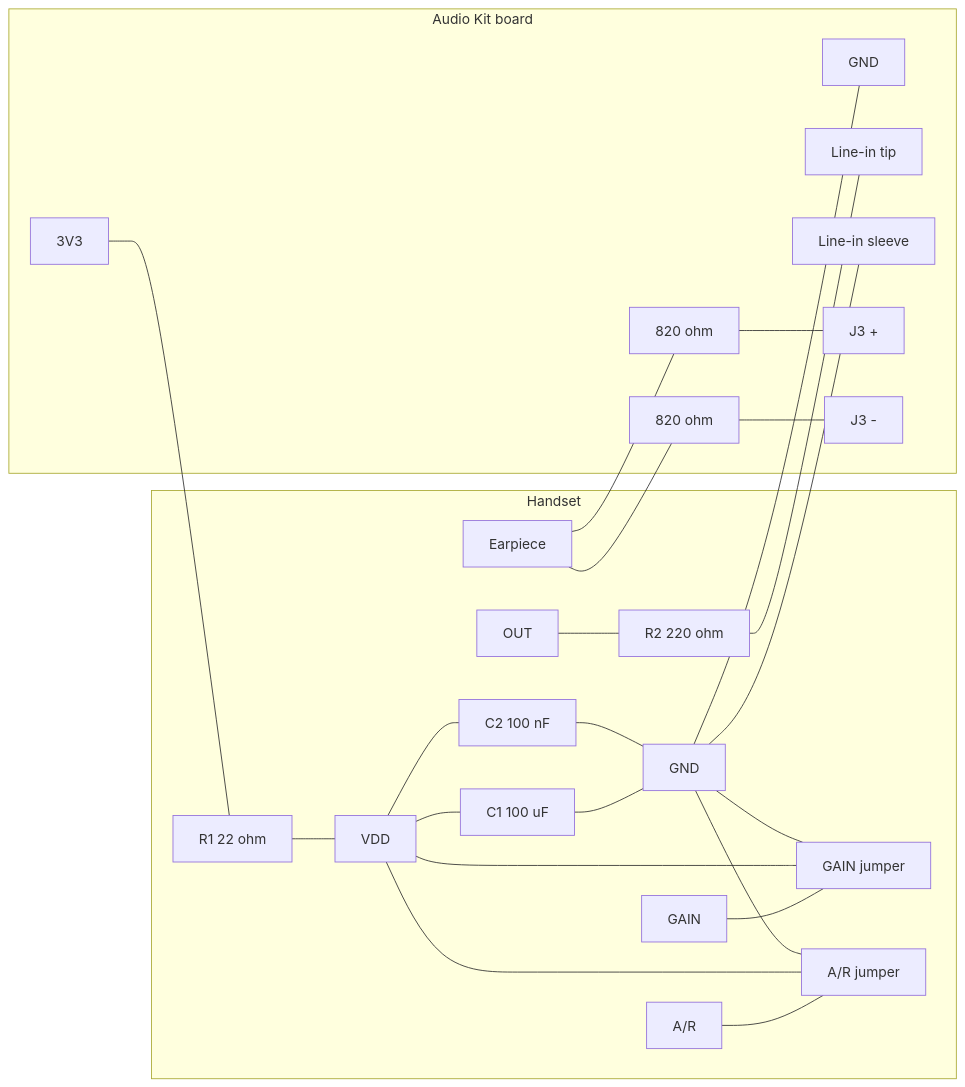
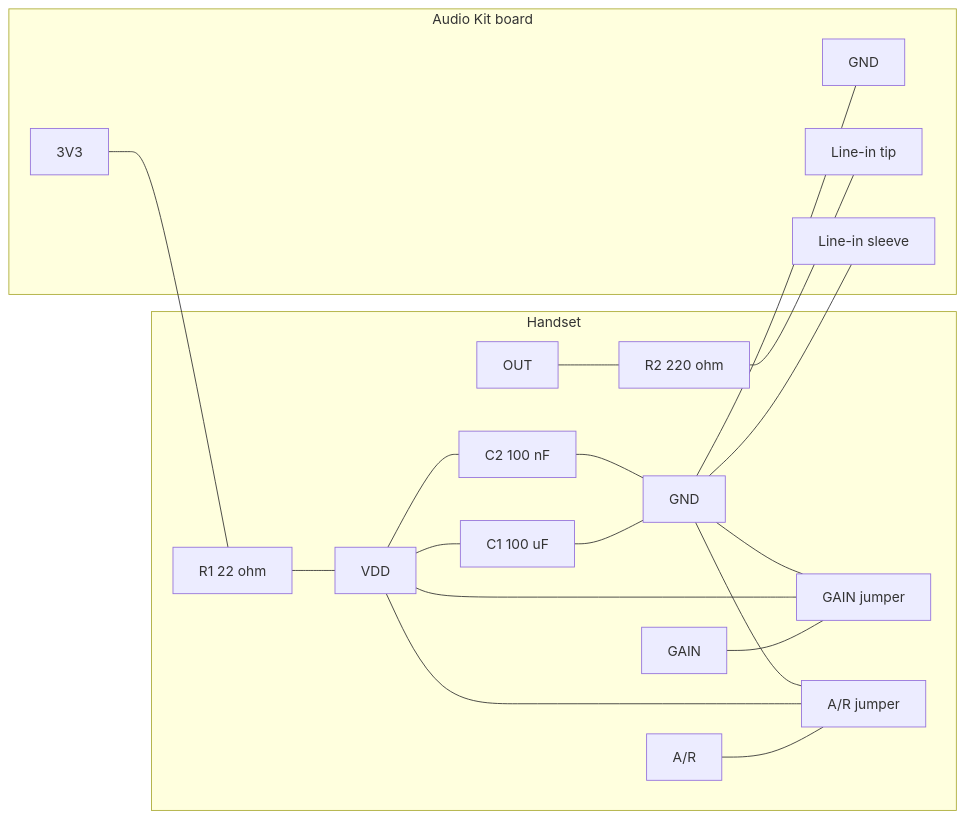
One commit to rusttick/weeBell_bluetooth changed the diagram in doc/initial_design.md. Above: the diagram before and after it, drawn with Mermaid. The commit also changed other lines of this file, not shown here.

Commit message:
working on microphone wiring diagram

````diff
--- a/doc/initial_design.md
+++ b/doc/initial_design.md
@@ -204,43 +204,36 @@
   ```mermaid
   flowchart LR
     subgraph HANDSET["Handset"]
       GND["GND"]
       VDD["VDD"]
       GAIN["GAIN"]
       OUT["OUT"]
       AR["A/R"]
       R1["R1 22 ohm"]
       C1["C1 100 uF"]
       C2["C2 100 nF"]
       R2["R2 220 ohm"]
       GJ["GAIN jumper"]
       AJ["A/R jumper"]
-      EAR["Earpiece"]
     end
 
     subgraph BOARD["Audio Kit board"]
       V3["3V3"]
       G["GND"]
       TIP["Line-in tip"]
       SLV["Line-in sleeve"]
-      RP["820 ohm"]
-      RN["820 ohm"]
-      JP["J3 +"]
-      JN["J3 -"]
     end
 
     V3 --- R1 --- VDD
     VDD --- C1 --- GND
     VDD --- C2 --- GND
     GAIN --- GJ
     VDD --- GJ
     GND --- GJ
     AR --- AJ
     VDD --- AJ
     GND --- AJ
     OUT --- R2 --- TIP
     GND --- G
     GND --- SLV
-    EAR --- RP --- JP
-    EAR --- RN --- JN
   ```
````
